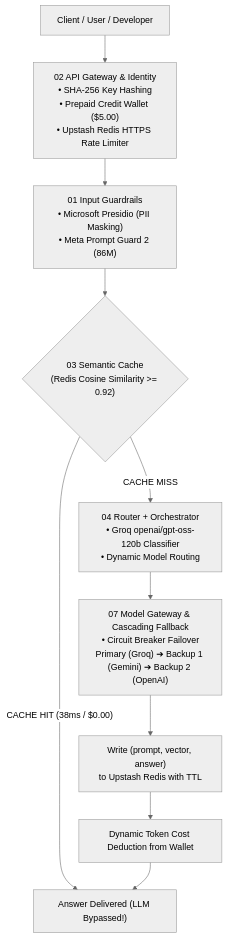
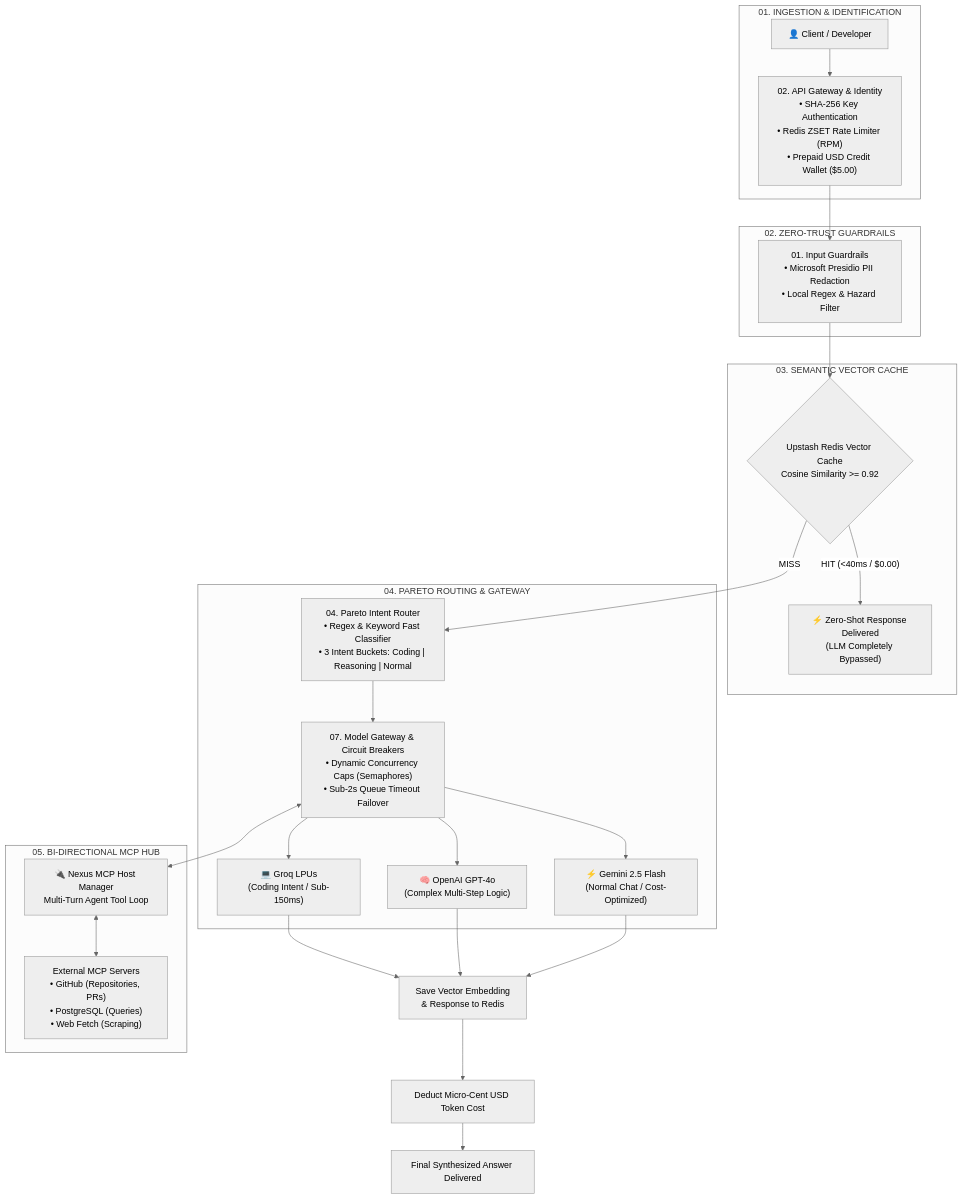
The diagram in README.md (AvinashGottapu/nexus-ai-gateway), drawn with Mermaid (neutral theme) before and after one commit. The commit also changed other lines of this file, not shown here.

Commit message:
docs: overhaul README with architecture diagrams, Pareto SLA tables, and Bi-Directional MCP documentation

````diff
--- a/README.md
+++ b/README.md
@@ -41,16 +45,34 @@
 ```mermaid
 flowchart TD
-    Client["Client / User / Developer"] --> Gateway["02 API Gateway & Identity\n• SHA-256 Key Hashing\n• Prepaid Credit Wallet ($5.00)\n• Upstash Redis HTTPS Rate Limiter"]
-    Gateway --> Guardrails["01 Input Guardrails\n• Microsoft Presidio (PII Masking)\n• Meta Prompt Guard 2 (86M)"]
-    Guardrails --> SemCache{"03 Semantic Cache\n(Redis Cosine Similarity >= 0.92)"}
-    
-    SemCache -- "CACHE HIT (38ms / $0.00)" --> Output["Answer Delivered (LLM Bypassed!)"]
-    
-    SemCache -- "CACHE MISS" --> Router["04 Router + Orchestrator\n• Groq openai/gpt-oss-120b Classifier\n• Dynamic Model Routing"]
-    
-    Router --> ModelGateway["07 Model Gateway & Cascading Fallback\n• Circuit Breaker Failover\nPrimary (Groq) ➔ Backup 1 (Gemini) ➔ Backup 2 (OpenAI)"]
-    
-    ModelGateway --> WriteCache["Write (prompt, vector, answer)\nto Upstash Redis with TTL"]
-    WriteCache --> Deduct["Dynamic Token Cost Deduction from Wallet"]
-    Deduct --> Output
+    subgraph INGESTION ["01. INGESTION & IDENTIFICATION"]
+        UserClient["👤 Client / Developer"] --> GatewayAuth["02. API Gateway & Identity\n• SHA-256 Key Authentication\n• Redis ZSET Rate Limiter (RPM)\n• Prepaid USD Credit Wallet ($5.00)"]
+    end
+
+    subgraph SECURITY ["02. ZERO-TRUST GUARDRAILS"]
+        GatewayAuth --> Presidio["01. Input Guardrails\n• Microsoft Presidio PII Redaction\n• Local Regex & Hazard Filter"]
+    end
+
+    subgraph CACHE_TIER ["03. SEMANTIC VECTOR CACHE"]
+        Presidio --> SemanticCache{"Upstash Redis Vector Cache\nCosine Similarity >= 0.92"}
+        SemanticCache -- "HIT (<40ms / $0.00)" --> CachedReturn["⚡ Zero-Shot Response Delivered\n(LLM Completely Bypassed)"]
+    end
+
+    subgraph ORCHESTRATION ["04. PARETO ROUTING & GATEWAY"]
+        SemanticCache -- "MISS" --> Router["04. Pareto Intent Router\n• Regex & Keyword Fast Classifier\n• 3 Intent Buckets: Coding | Reasoning | Normal"]
+        
+        Router --> ModelGateway["07. Model Gateway & Circuit Breakers\n• Dynamic Concurrency Caps (Semaphores)\n• Sub-2s Queue Timeout Failover"]
+        
+        ModelGateway --> Groq["💻 Groq LPUs\n(Coding Intent / Sub-150ms)"]
+        ModelGateway --> OpenAI["🧠 OpenAI GPT-4o\n(Complex Multi-Step Logic)"]
+        ModelGateway --> Gemini["⚡ Gemini 2.5 Flash\n(Normal Chat / Cost-Optimized)"]
+    end
+
+    subgraph MCP_INTEGRATION ["05. BI-DIRECTIONAL MCP HUB"]
+        ModelGateway <--> MCPHost["🔌 Nexus MCP Host Manager\nMulti-Turn Agent Tool Loop"]
+        MCPHost <--> ExtTools["External MCP Servers\n• GitHub (Repositories, PRs)\n• PostgreSQL (Queries)\n• Web Fetch (Scraping)"]
+    end
+
+    Groq & OpenAI & Gemini --> WriteCache["Save Vector Embedding\n& Response to Redis"]
+    WriteCache --> DeductWallet["Deduct Micro-Cent USD Token Cost"]
+    DeductWallet --> FinalOutput["Final Synthesized Answer Delivered"]
 ```
````
